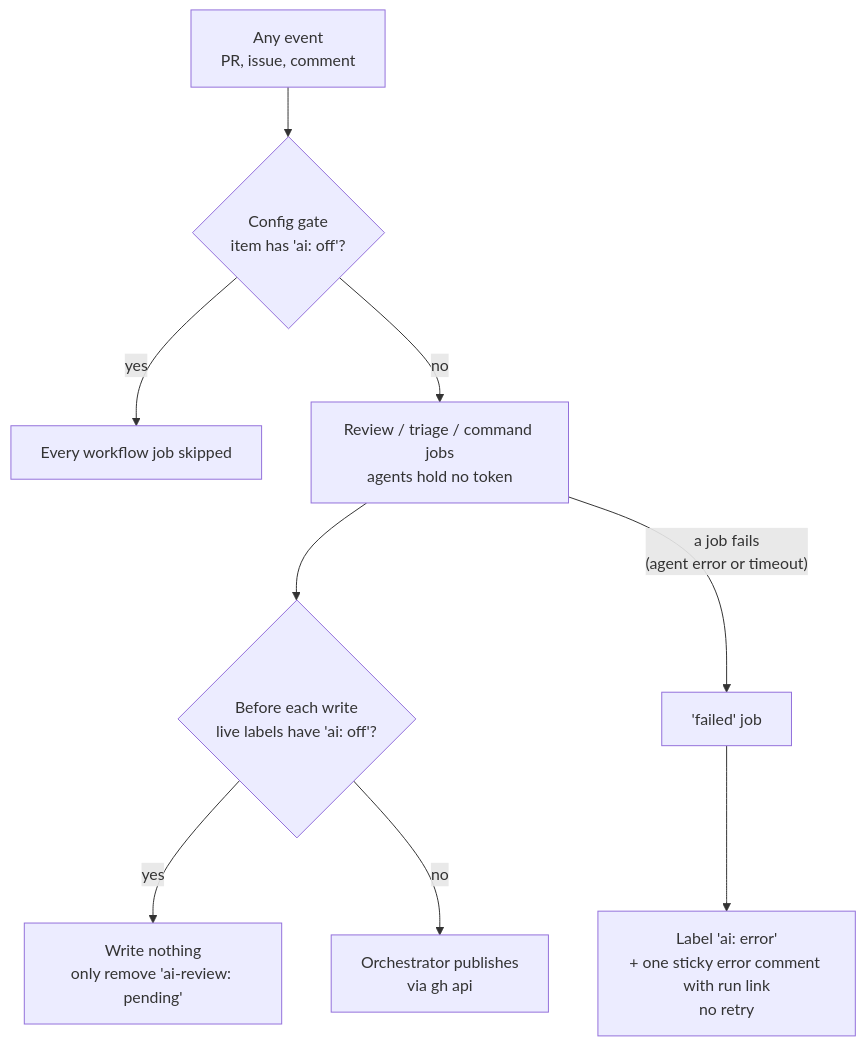
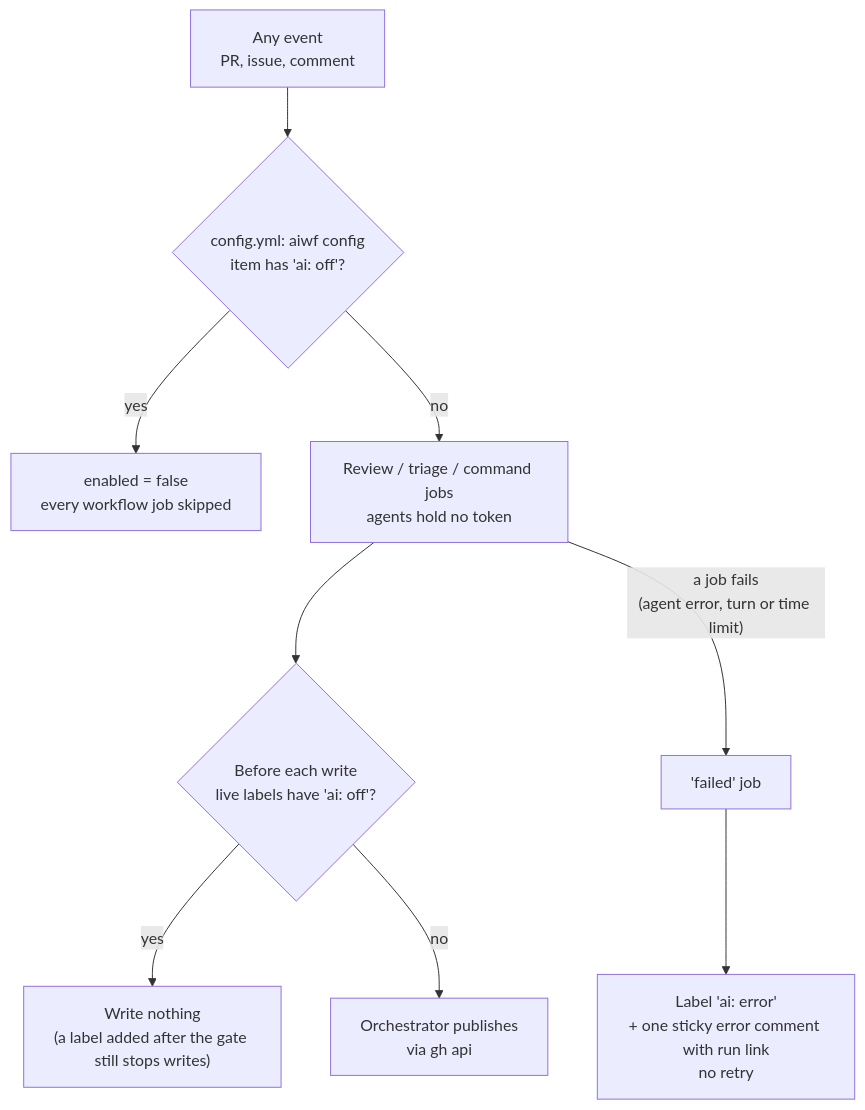
Diagram 11 of 14 in docs/diagrams.md (esciara/ai-workflows), drawn with Mermaid before and after one commit. The commit also changed other lines of this file and 1 other file, not shown here.

First line of the commit message:
docs(diagrams): full hand-maintained refresh (2026-11-14)

````diff
--- a/docs/diagrams.md
+++ b/docs/diagrams.md
@@ -250,11 +366,11 @@
 ```mermaid
 flowchart TD
-  E["Any event<br/>PR, issue, comment"] --> G{"Config gate<br/>item has 'ai: off'?"}
-  G -- yes --> S["Every workflow job skipped"]
+  E["Any event<br/>PR, issue, comment"] --> G{"config.yml: aiwf config<br/>item has 'ai: off'?"}
+  G -- yes --> S["enabled = false<br/>every workflow job skipped"]
   G -- no --> J["Review / triage / command jobs<br/>agents hold no token"]
   J --> W{"Before each write<br/>live labels have 'ai: off'?"}
-  W -- yes --> N["Write nothing<br/>only remove 'ai-review: pending'"]
+  W -- yes --> N["Write nothing<br/>(a label added after the gate still stops writes)"]
   W -- no --> P["Orchestrator publishes<br/>via gh api"]
-  J -- "a job fails<br/>(agent error or timeout)" --> F["'failed' job"]
+  J -- "a job fails<br/>(agent error, turn or time limit)" --> F["'failed' job"]
   F --> R["Label 'ai: error'<br/>+ one sticky error comment with run link<br/>no retry"]
 ```
````
